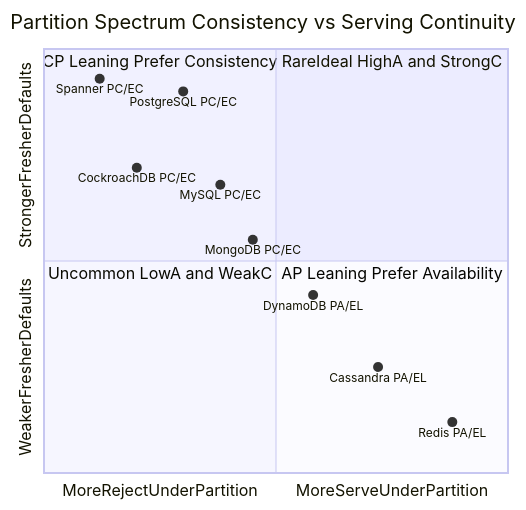
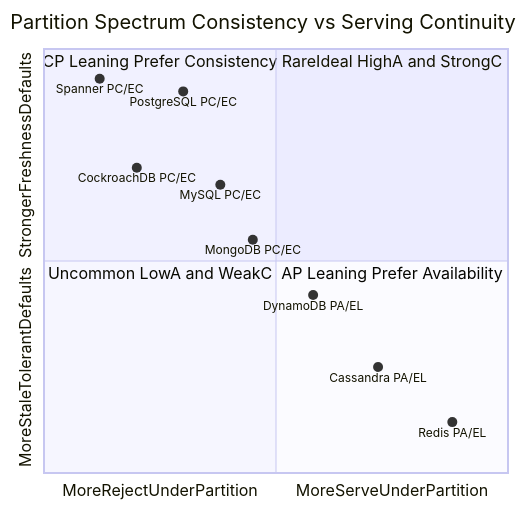
One commit to GabrielAlmeidaFlores/Senior-Software-Architect changed the second of 2 diagrams in database/database-masterclass/01-theory-and-foundations/01-cap-pacelc-theorems.md. Above: the diagram before and after it, drawn with Mermaid. The commit also changed other lines of this file, not shown here.

````diff
--- a/database/database-masterclass/01-theory-and-foundations/01-cap-pacelc-theorems.md
+++ b/database/database-masterclass/01-theory-and-foundations/01-cap-pacelc-theorems.md
@@ -106,18 +106,18 @@
 ```mermaid
 quadrantChart
     title Partition Spectrum Consistency vs Serving Continuity
     x-axis MoreRejectUnderPartition --> MoreServeUnderPartition
-    y-axis WeakerFresherDefaults --> StrongerFresherDefaults
+    y-axis MoreStaleTolerantDefaults --> StrongerFreshnessDefaults
     quadrant-1 RareIdeal HighA and StrongC
     quadrant-2 CP Leaning Prefer Consistency
     quadrant-3 Uncommon LowA and WeakC
     quadrant-4 AP Leaning Prefer Availability
     Spanner PC/EC: [0.12, 0.93]
     CockroachDB PC/EC: [0.20, 0.72]
     PostgreSQL PC/EC: [0.30, 0.90]
     MySQL PC/EC: [0.38, 0.68]
     MongoDB PC/EC: [0.45, 0.55]
     DynamoDB PA/EL: [0.58, 0.42]
     Cassandra PA/EL: [0.72, 0.25]
     Redis PA/EL: [0.88, 0.12]
 ```
````
